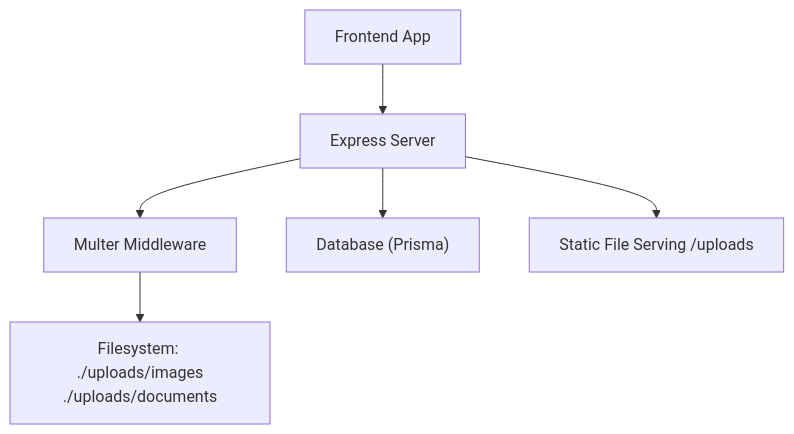
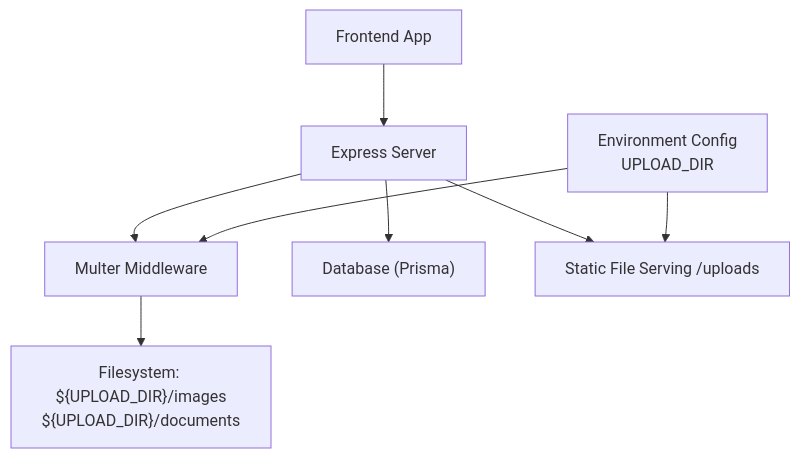
The first of 3 diagrams in .qoder/repowiki/en/content/File Upload & Storage.md (NaveenHiranya/Smart-Vehicle-Insurance-Claim-System), drawn with Mermaid before and after one commit. The commit also changed other lines of this file and 65 other files, not shown here.

````diff
--- a/.qoder/repowiki/en/content/File Upload & Storage.md
+++ b/.qoder/repowiki/en/content/File Upload & Storage.md
@@ -37,8 +45,10 @@
 ```mermaid
 graph TB
 Client["Frontend App"] --> API["Express Server"]
 API --> Multer["Multer Middleware"]
-Multer --> FS["Filesystem: ./uploads/images<br/>./uploads/documents"]
+Multer --> FS["Filesystem: ${UPLOAD_DIR}/images<br/>${UPLOAD_DIR}/documents"]
 API --> DB["Database (Prisma)"]
 API --> Static["Static File Serving /uploads"]
+ENV["Environment Config<br/>UPLOAD_DIR"] --> Multer
+ENV --> Static
 ```
````
